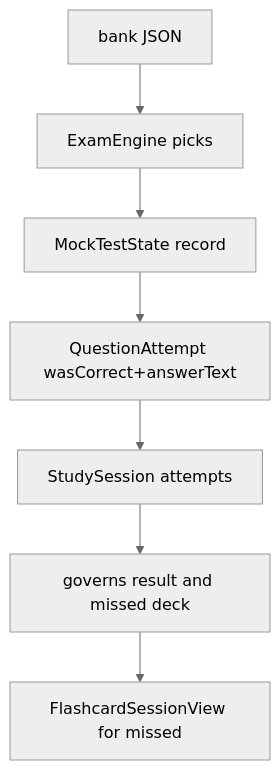
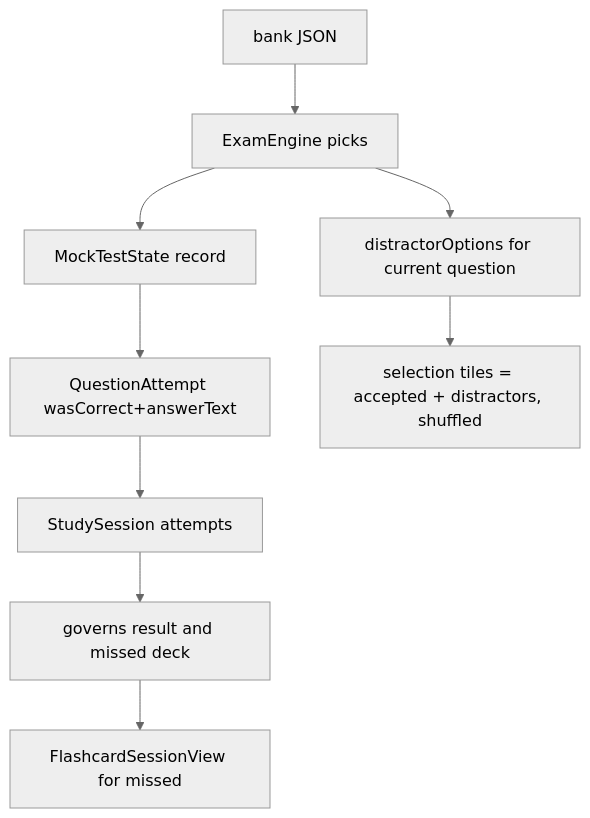
One commit to AD-Paladins/SwiftyCitizen changed the third of 3 diagrams in docs/architecture/flow-mock-test.md. Above: the diagram before and after it, drawn with Mermaid (neutral theme).

Commit message:
docs(flow-mock-test): show distractor options in data flow
Add a distractorOptions node feeding the selection tiles (accepted + distractors, shuffled) to the mock-test data flow diagram.

````diff
--- a/docs/architecture/flow-mock-test.md
+++ b/docs/architecture/flow-mock-test.md
@@ -75,9 +75,11 @@
 ```mermaid
 flowchart TD
     A[bank JSON] --> B[ExamEngine picks]
     B --> C[MockTestState record]
-    C --> D[QuestionAttempt wasCorrect+answerText]
-    D --> E[StudySession attempts]
-    E --> F[governs result and missed deck]
-    F --> G[FlashcardSessionView for missed]
+    B --> D[distractorOptions for current question]
+    C --> E[QuestionAttempt wasCorrect+answerText]
+    D --> F[selection tiles = accepted + distractors, shuffled]
+    E --> G[StudySession attempts]
+    G --> H[governs result and missed deck]
+    H --> I[FlashcardSessionView for missed]
 ```
````
